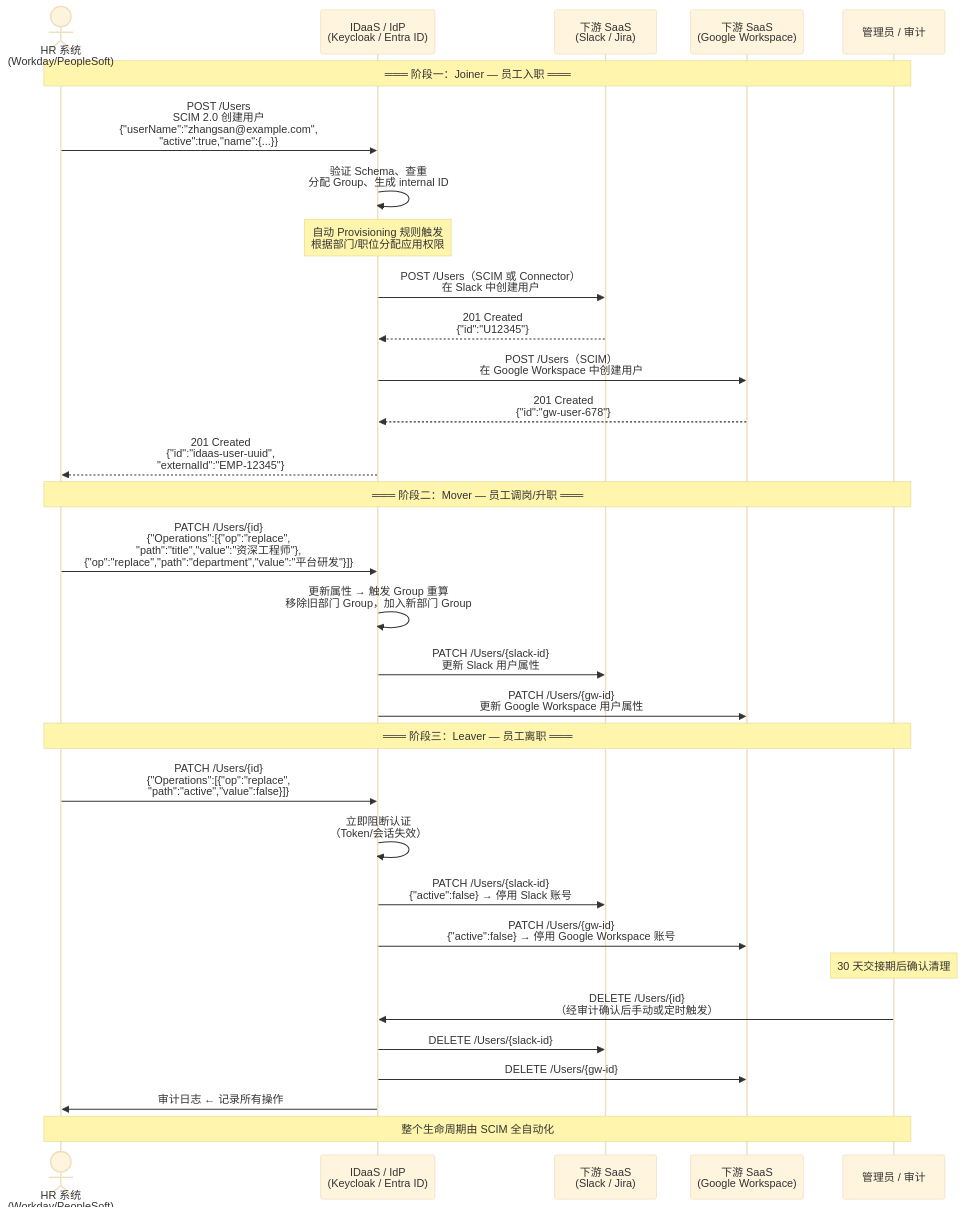
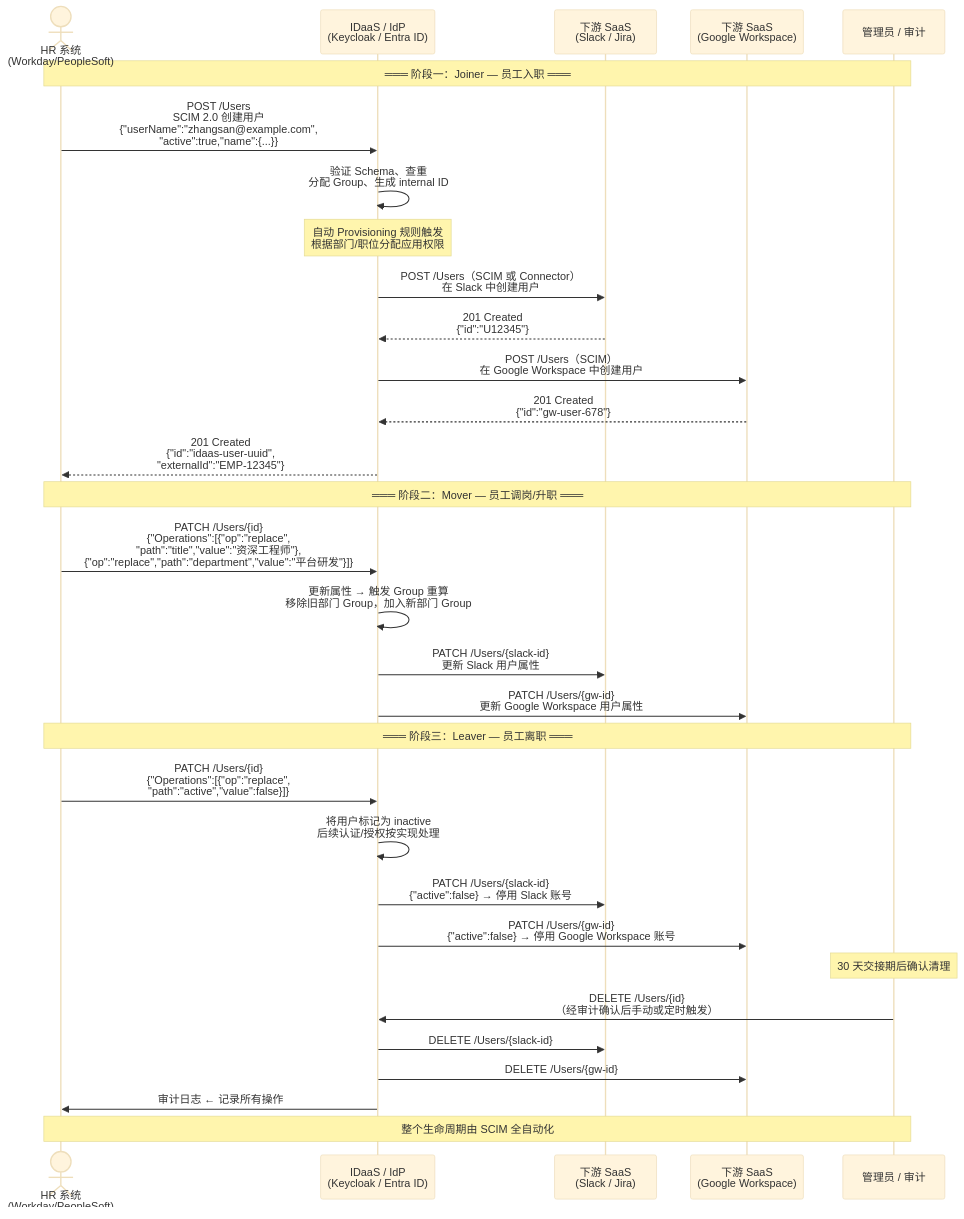
The diagram in content/docs/protocols/scim-protocol.md (l10178/idaas-book), drawn with Mermaid (base theme) before and after one commit. The commit also changed other lines of this file and 3 other files, not shown here.

````diff
--- a/content/docs/protocols/scim-protocol.md
+++ b/content/docs/protocols/scim-protocol.md
@@ -250,48 +251,48 @@
 ```mermaid
 sequenceDiagram
     actor HR as HR 系统<br/>(Workday/PeopleSoft)
     participant IDaaS as IDaaS / IdP<br/>(Keycloak / Entra ID)
     participant SaaS1 as 下游 SaaS<br/>(Slack / Jira)
     participant SaaS2 as 下游 SaaS<br/>(Google Workspace)
     participant Admin as 管理员 / 审计
 
     Note over HR,Admin: ═══ 阶段一：Joiner — 员工入职 ═══
 
     HR->>IDaaS: POST /Users<br/>SCIM 2.0 创建用户<br/>{"userName":"zhangsan@example.com",<br/>"active":true,"name":{...}}
     IDaaS->>IDaaS: 验证 Schema、查重<br/>分配 Group、生成 internal ID
 
     Note over IDaaS: 自动 Provisioning 规则触发<br/>根据部门/职位分配应用权限
 
     IDaaS->>SaaS1: POST /Users（SCIM 或 Connector）<br/>在 Slack 中创建用户
     SaaS1-->>IDaaS: 201 Created<br/>{"id":"U12345"}
 
     IDaaS->>SaaS2: POST /Users（SCIM）<br/>在 Google Workspace 中创建用户
     SaaS2-->>IDaaS: 201 Created<br/>{"id":"gw-user-678"}
 
     IDaaS-->>HR: 201 Created<br/>{"id":"idaas-user-uuid",<br/>"externalId":"EMP-12345"}
 
     Note over HR,Admin: ═══ 阶段二：Mover — 员工调岗/升职 ═══
 
     HR->>IDaaS: PATCH /Users/{id}<br/>{"Operations":[{"op":"replace",<br/>"path":"title","value":"资深工程师"},<br/>{"op":"replace","path":"department","value":"平台研发"}]}
     IDaaS->>IDaaS: 更新属性 → 触发 Group 重算<br/>移除旧部门 Group，加入新部门 Group
 
     IDaaS->>SaaS1: PATCH /Users/{slack-id}<br/>更新 Slack 用户属性
     IDaaS->>SaaS2: PATCH /Users/{gw-id}<br/>更新 Google Workspace 用户属性
 
     Note over HR,Admin: ═══ 阶段三：Leaver — 员工离职 ═══
 
     HR->>IDaaS: PATCH /Users/{id}<br/>{"Operations":[{"op":"replace",<br/>"path":"active","value":false}]}
-    IDaaS->>IDaaS: 立即阻断认证<br/>（Token/会话失效）
+    IDaaS->>IDaaS: 将用户标记为 inactive<br/>后续认证/授权按实现处理
 
     IDaaS->>SaaS1: PATCH /Users/{slack-id}<br/>{"active":false} → 停用 Slack 账号
     IDaaS->>SaaS2: PATCH /Users/{gw-id}<br/>{"active":false} → 停用 Google Workspace 账号
 
     Note over Admin: 30 天交接期后确认清理
 
     Admin->>IDaaS: DELETE /Users/{id}<br/>（经审计确认后手动或定时触发）
     IDaaS->>SaaS1: DELETE /Users/{slack-id}
     IDaaS->>SaaS2: DELETE /Users/{gw-id}
     IDaaS->>HR: 审计日志 ← 记录所有操作
 
     Note over HR,Admin: 整个生命周期由 SCIM 全自动化
 ```
````
